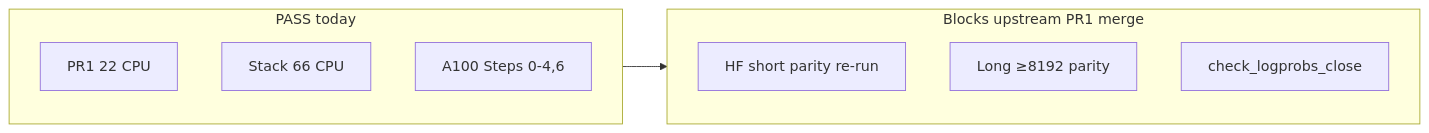
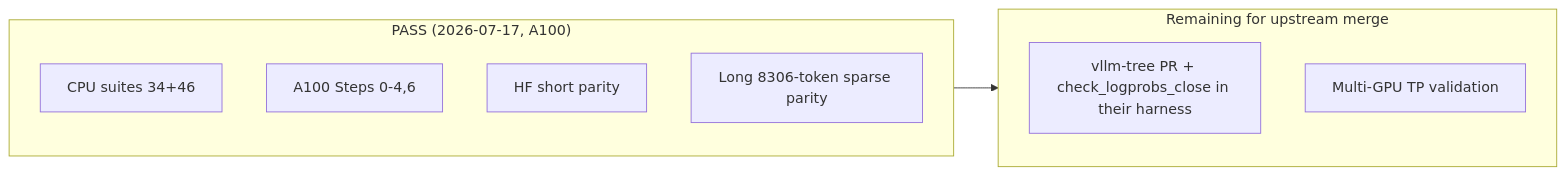
The fourth of 8 diagrams in README.md (ArchanaChetan07/vLLM-HybridAttn), drawn with Mermaid before and after one commit. The commit also changed other lines of this file and 2 other files, not shown here.

First line of the commit message:
docs: STEP B PARITY PASS (short + long) -- evidence logs committed

````diff
--- a/README.md
+++ b/README.md
@@ -115,14 +115,14 @@
 ```mermaid
 flowchart LR
-  subgraph Pass["PASS today"]
-    A[PR1 22 CPU]
-    B[Stack 66 CPU]
+  subgraph Pass["PASS (2026-07-17, A100)"]
+    A[CPU suites 34+46]
     C[A100 Steps 0-4,6]
+    D[HF short parity]
+    E[Long 8306-token sparse parity]
   end
-  subgraph Block["Blocks upstream PR1 merge"]
-    D[HF short parity re-run]
-    E[Long ≥8192 parity]
-    F[check_logprobs_close]
+  subgraph Next["Remaining for upstream merge"]
+    F[vllm-tree PR + check_logprobs_close in their harness]
+    G[Multi-GPU TP validation]
   end
-  Pass --> Block
+  Pass --> Next
 ```
````
